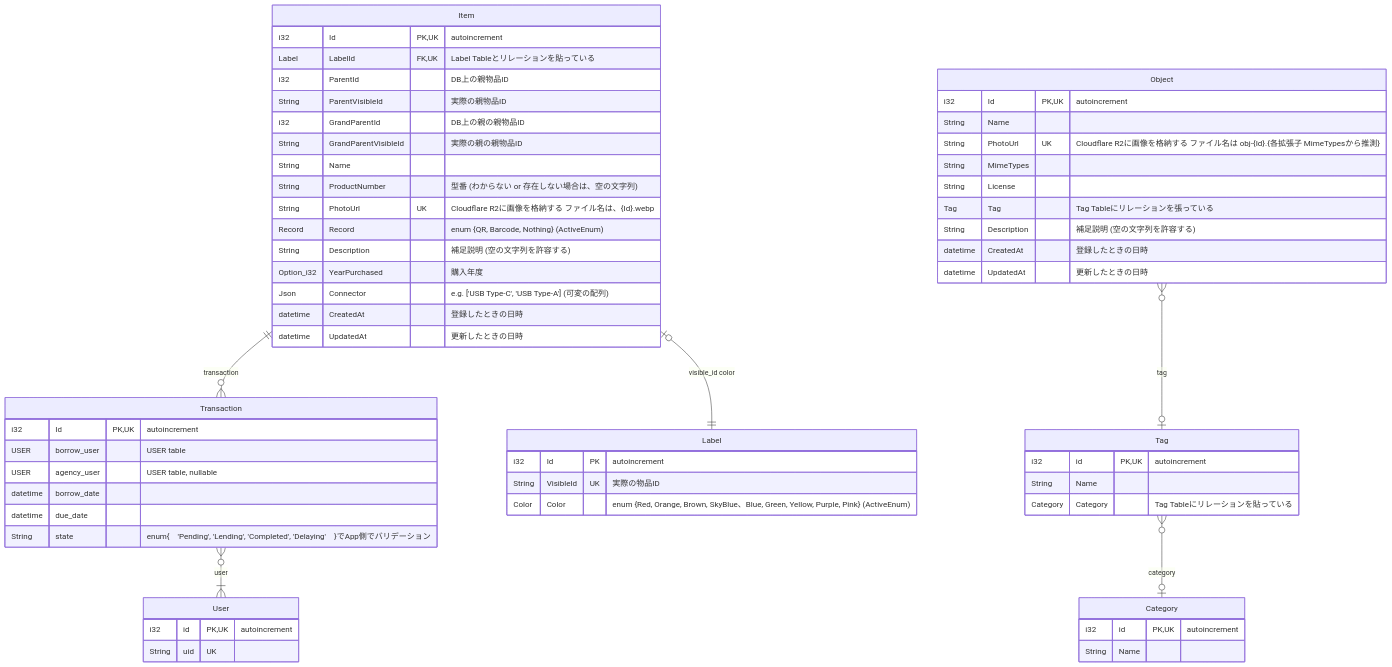
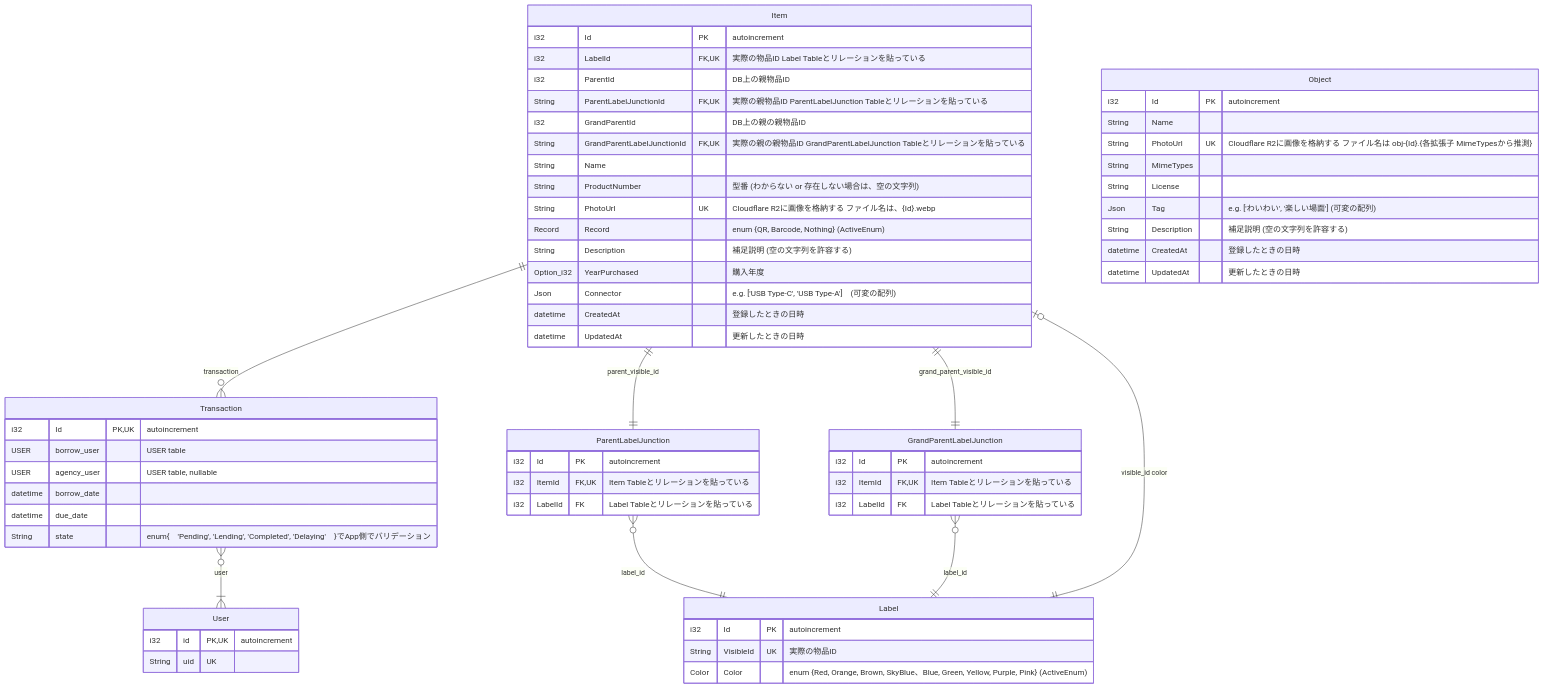
Before and after one commit to Myxogastria0808/DashiShoyu: the second of 2 diagrams in README.md, drawn with Mermaid. The commit also changed other lines of this file, not shown here.

````diff
--- a/README.md
+++ b/README.md
@@ -244,65 +247,66 @@
 ```mermaid
 erDiagram
     Item ||--o{ Transaction : transaction
     Transaction }o--|{ User : user
+    Item ||--|| ParentLabelJunction : "parent_visible_id"
+    Item ||--|| GrandParentLabelJunction : "grand_parent_visible_id"
+    ParentLabelJunction }o--|| Label : "label_id"
+    GrandParentLabelJunction }o--|| Label : "label_id"
     Item |o--|| Label : "visible_id color"
     Item {
-        i32 Id PK, UK "autoincrement"
-        Label LabelId FK, UK "Label Tableとリレーションを貼っている"
+        i32 Id PK "autoincrement"
+        i32 LabelId FK, UK "実際の物品ID Label Tableとリレーションを貼っている"
         i32 ParentId "DB上の親物品ID"
-        String ParentVisibleId "実際の親物品ID"
+        String ParentLabelJunctionId FK, UK "実際の親物品ID ParentLabelJunction Tableとリレーションを貼っている"
         i32 GrandParentId "DB上の親の親物品ID"
-        String GrandParentVisibleId "実際の親の親物品ID"
+        String GrandParentLabelJunctionId FK, UK "実際の親の親物品ID GrandParentLabelJunction Tableとリレーションを貼っている"
         String Name
         String ProductNumber "型番 (わからない or 存在しない場合は、空の文字列)"
         String PhotoUrl UK "Cloudflare R2に画像を格納する ファイル名は、{Id}.webp"
         Record Record "enum {QR, Barcode, Nothing} (ActiveEnum)"
         String Description　"補足説明 (空の文字列を許容する)"
         Option_i32 YearPurchased "購入年度"
-        Json Connector　"e.g. ['USB Type-C', 'USB Type-A'] (可変の配列)"
+        Json Connector　"e.g. ['USB Type-C', 'USB Type-A']　(可変の配列)"
         datetime CreatedAt "登録したときの日時"
         datetime UpdatedAt "更新したときの日時"
+    }
+    ParentLabelJunction {
+        i32 Id PK "autoincrement"
+        i32 ItemId FK, UK "Item Tableとリレーションを貼っている"
+        i32 LabelId FK "Label Tableとリレーションを貼っている"
+    }
+    GrandParentLabelJunction {
+        i32 Id PK "autoincrement"
+        i32 ItemId FK, UK "Item Tableとリレーションを貼っている"
+        i32 LabelId FK "Label Tableとリレーションを貼っている"
     }
     Label {
         i32 Id PK "autoincrement"
         String VisibleId UK "実際の物品ID"
         Color Color "enum {Red, Orange, Brown, SkyBlue、Blue, Green, Yellow, Purple, Pink} (ActiveEnum)"
     }
     Transaction {
         i32 Id PK, UK "autoincrement"
         USER borrow_user "USER table"
         USER agency_user "USER table, nullable"
         datetime borrow_date
         datetime due_date
         String state "enum{　'Pending', 'Lending', 'Completed', 'Delaying'　}でApp側でバリデーション"
     }
     User {
         i32 id PK, UK "autoincrement"
         String uid UK
     }
 
-    Object }o--o| Tag : tag
-    Tag }o--o| Category : category
     Object {
-        i32 Id PK, UK "autoincrement"
+        i32 Id PK "autoincrement"
         String Name
         String PhotoUrl UK "Cloudflare R2に画像を格納する ファイル名は obj-{Id}.{各拡張子 MimeTypesから推測}"
         String MimeTypes
         String License
-        Tag Tag "Tag Tableにリレーションを張っている"
+        Json Tag "e.g. ['わいわい', '楽しい場面'] (可変の配列)"
         String Description "補足説明 (空の文字列を許容する)"
         datetime CreatedAt "登録したときの日時"
         datetime UpdatedAt "更新したときの日時"
     }
-
-    Tag {
-        i32 id PK, UK "autoincrement"
-        String Name
-        Category Category "Tag Tableにリレーションを貼っている"
-    }
-
-    Category {
-        i32 id PK, UK "autoincrement"
-        String Name
-    }
 ```
````
